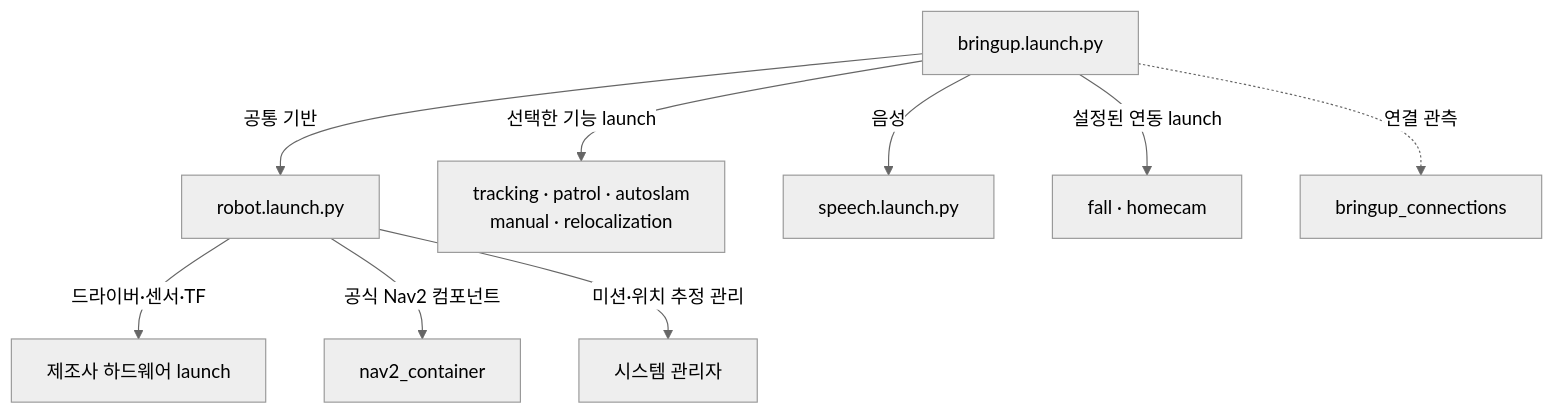
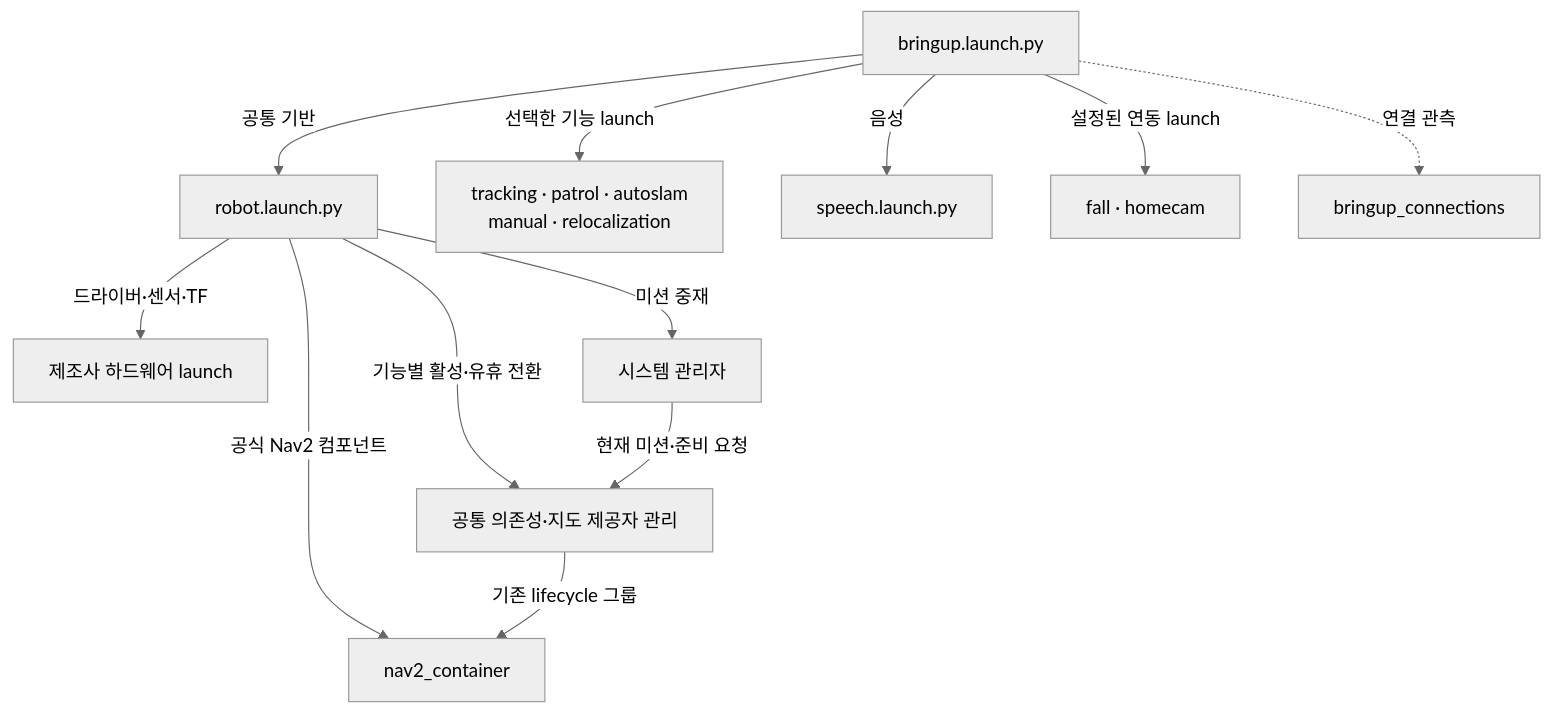
The first of 4 diagrams in malbut_bringup/README.md (SWM-malbut/malbut), drawn with Mermaid (neutral theme) before and after one commit. The commit also changed other lines of this file and 155 other files, not shown here.

````diff
--- a/malbut_bringup/README.md
+++ b/malbut_bringup/README.md
@@ -20,21 +20,25 @@
 ```mermaid
 flowchart TB
     B["bringup.launch.py"]
     R["robot.launch.py"]
     F["tracking · patrol · autoslam<br/>manual · relocalization"]
     S["speech.launch.py"]
     C["fall · homecam"]
     H["제조사 하드웨어 launch"]
     N["nav2_container"]
     M["시스템 관리자"]
+    D["공통 의존성·지도 제공자 관리"]
     O["bringup_connections"]
 
     B -->|공통 기반| R
     B -->|선택한 기능 launch| F
     B -->|음성| S
     B -->|설정된 연동 launch| C
     R -->|드라이버·센서·TF| H
     R -->|공식 Nav2 컴포넌트| N
-    R -->|미션·위치 추정 관리| M
+    R -->|미션 중재| M
+    R -->|기능별 활성·유휴 전환| D
+    M -->|현재 미션·준비 요청| D
+    D -->|기존 lifecycle 그룹| N
     B -.->|연결 관측| O
 ```
````
